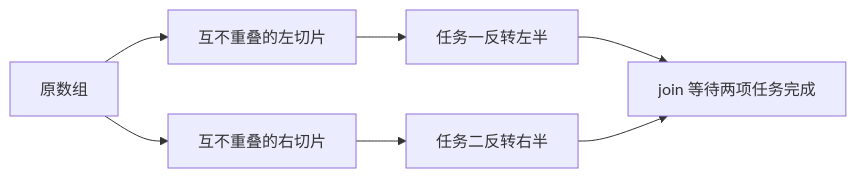
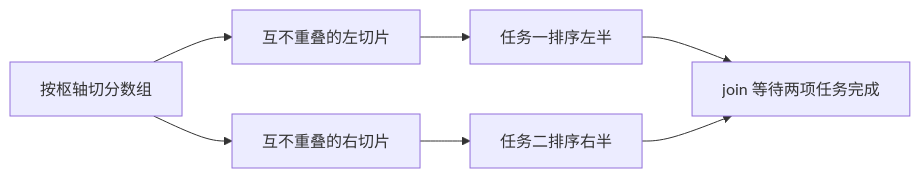
Before and after one commit to uxiew/rust_study: the diagram in docs/第 31 章 第三方并行开发库/31.5 rayon.md, drawn with Mermaid. The commit also changed other lines of this file and 20 other files, not shown here.

````diff
--- a/docs/第 31 章 第三方并行开发库/31.5 rayon.md
+++ b/docs/第 31 章 第三方并行开发库/31.5 rayon.md
@@ -28,9 +95,9 @@
 ```mermaid
 flowchart LR
-    A["原数组"] --> B["互不重叠的左切片"]
+    A["按枢轴切分数组"] --> B["互不重叠的左切片"]
     A --> C["互不重叠的右切片"]
-    B --> D["任务一反转左半"]
-    C --> E["任务二反转右半"]
+    B --> D["任务一排序左半"]
+    C --> E["任务二排序右半"]
     D --> F["join 等待两项任务完成"]
     E --> F
 ```
````
